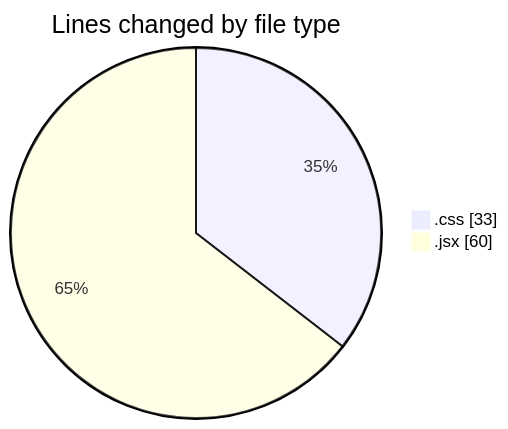
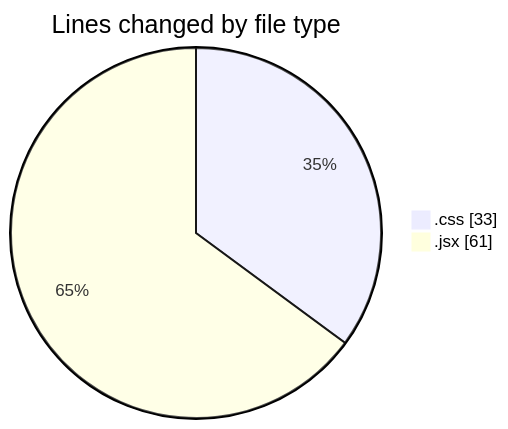
The first of 2 diagrams in 2025-02-14/elitegpt/README.md (Elitesun/code-tracking), drawn with Mermaid before and after one commit. The commit also changed other lines of this file and 1 other file, not shown here.

````diff
--- a/2025-02-14/elitegpt/README.md
+++ b/2025-02-14/elitegpt/README.md
@@ -23,6 +23,6 @@
 ```mermaid
 pie showData
 title Lines changed by file type
 ".css" : 33
-".jsx" : 60
+".jsx" : 61
 ```
````
